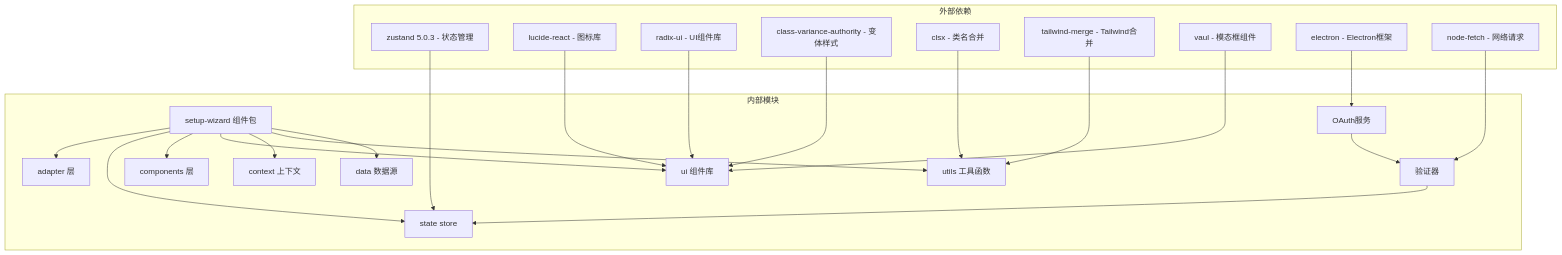
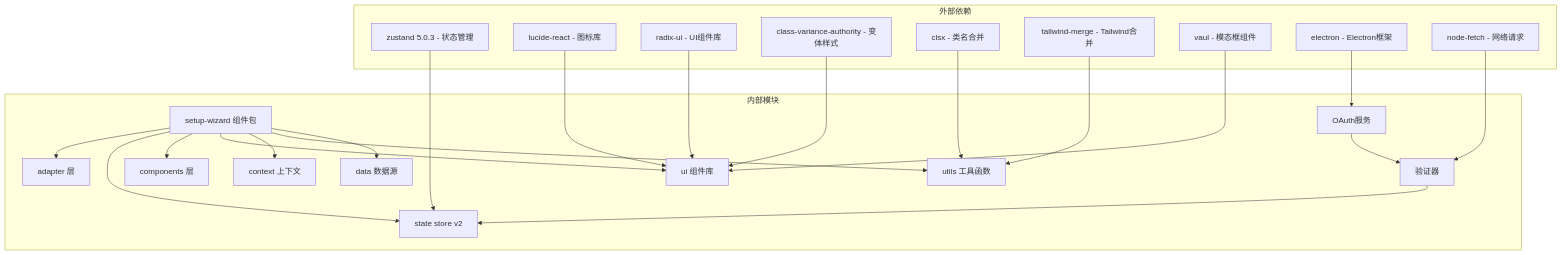
Before and after one commit to verse-ai-org/openclaw: the tenth of 10 diagrams in .qoder/repowiki/zh/content/开发者指南/设置向导系统.md, drawn with Mermaid. The commit also changed other lines of this file and 19 other files, not shown here.

````diff
--- a/.qoder/repowiki/zh/content/开发者指南/设置向导系统.md
+++ b/.qoder/repowiki/zh/content/开发者指南/设置向导系统.md
@@ -583,44 +586,44 @@
 ```mermaid
 graph TB
 subgraph "外部依赖"
 A[zustand 5.0.3 - 状态管理]
 B[lucide-react - 图标库]
 C[radix-ui - UI组件库]
 D[class-variance-authority - 变体样式]
 E[clsx - 类名合并]
 F[tailwind-merge - Tailwind合并]
 G[vaul - 模态框组件]
 H[electron - Electron框架]
 I[node-fetch - 网络请求]
 end
 subgraph "内部模块"
 J[setup-wizard 组件包]
 K[adapter 层]
-L[state store]
+L[state store v2]
 M[components 层]
 N[ui 组件库]
 O[context 上下文]
 P[utils 工具函数]
 Q[data 数据源]
 R[OAuth服务]
 S[验证器]
 end
 A --> L
 B --> N
 C --> N
 D --> N
 E --> P
 F --> P
 G --> N
 H --> R
 I --> S
 J --> K
 J --> L
 J --> M
 J --> N
 J --> O
 J --> P
 J --> Q
 R --> S
 S --> L
 ```
````
